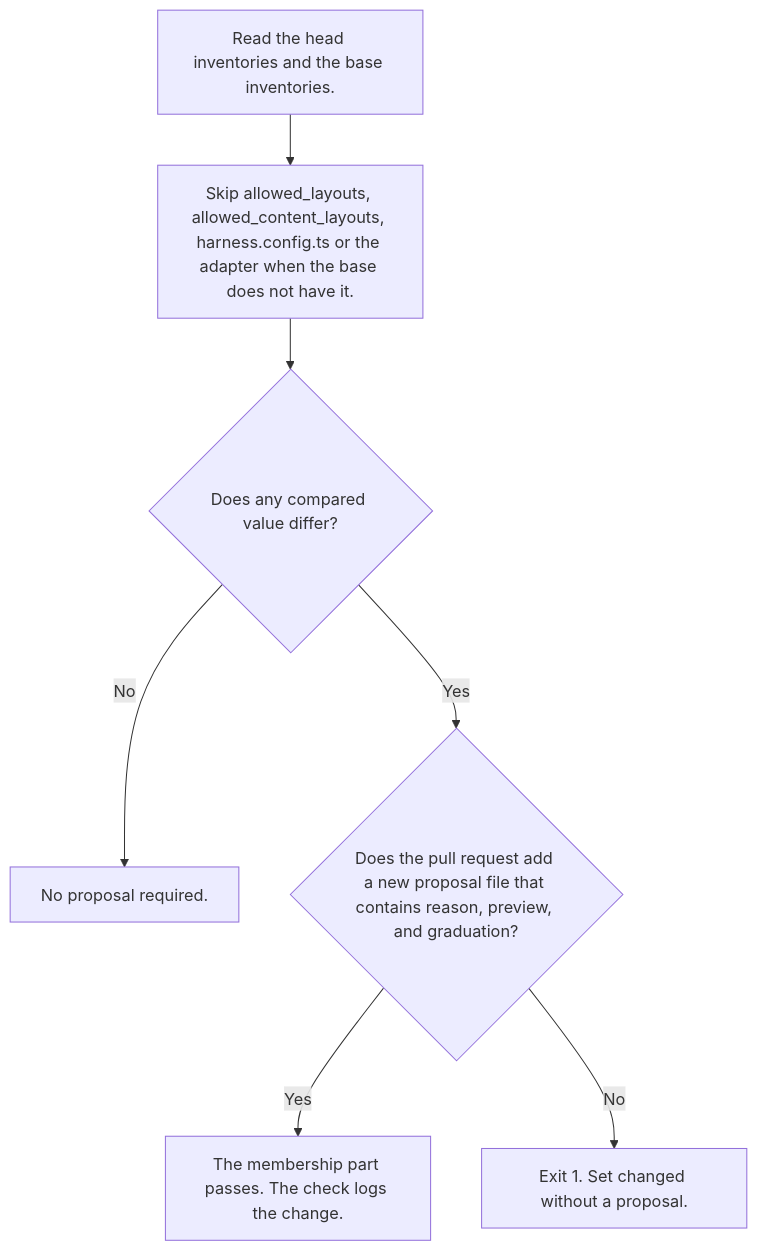
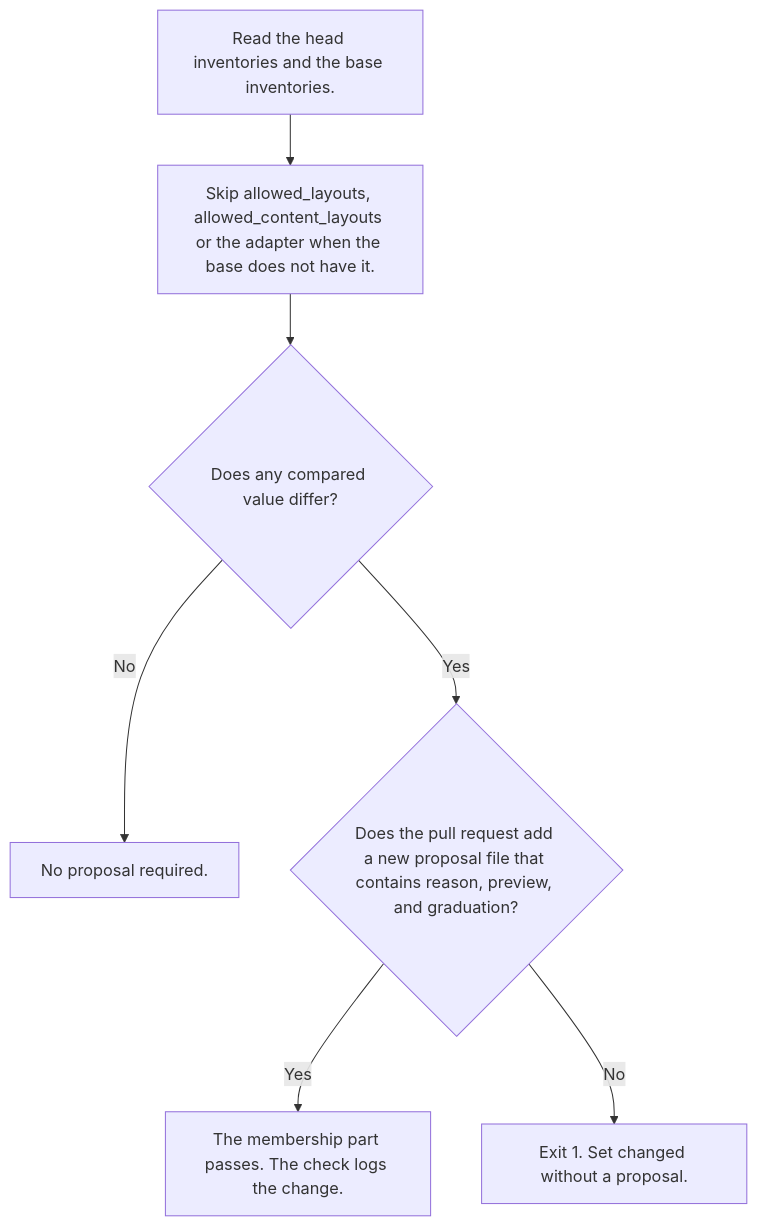
Before and after one commit to tounsoo/agent-design-loop: the ninth of 11 diagrams in docs/how-it-works.md, drawn with Mermaid. The commit also changed other lines of this file and 62 other files, not shown here.

````diff
--- a/docs/how-it-works.md
+++ b/docs/how-it-works.md
@@ -333,15 +342,15 @@
 ```mermaid
 flowchart TB
   read["Read the head inventories and the base inventories."]
-  skip["Skip allowed_layouts, allowed_content_layouts, harness.config.ts or the adapter when the base does not have it."]
+  skip["Skip allowed_layouts, allowed_content_layouts or the adapter when the base does not have it."]
   diff{"Does any compared value differ?"}
   ok["No proposal required."]
   words{"Does the pull request add a new proposal file that contains reason, preview, and graduation?"}
   accepted["The membership part passes. The check logs the change."]
   rejected["Exit 1. Set changed without a proposal."]
   read --> skip --> diff
   diff -->|No| ok
   diff -->|Yes| words
   words -->|Yes| accepted
   words -->|No| rejected
 ```
````
